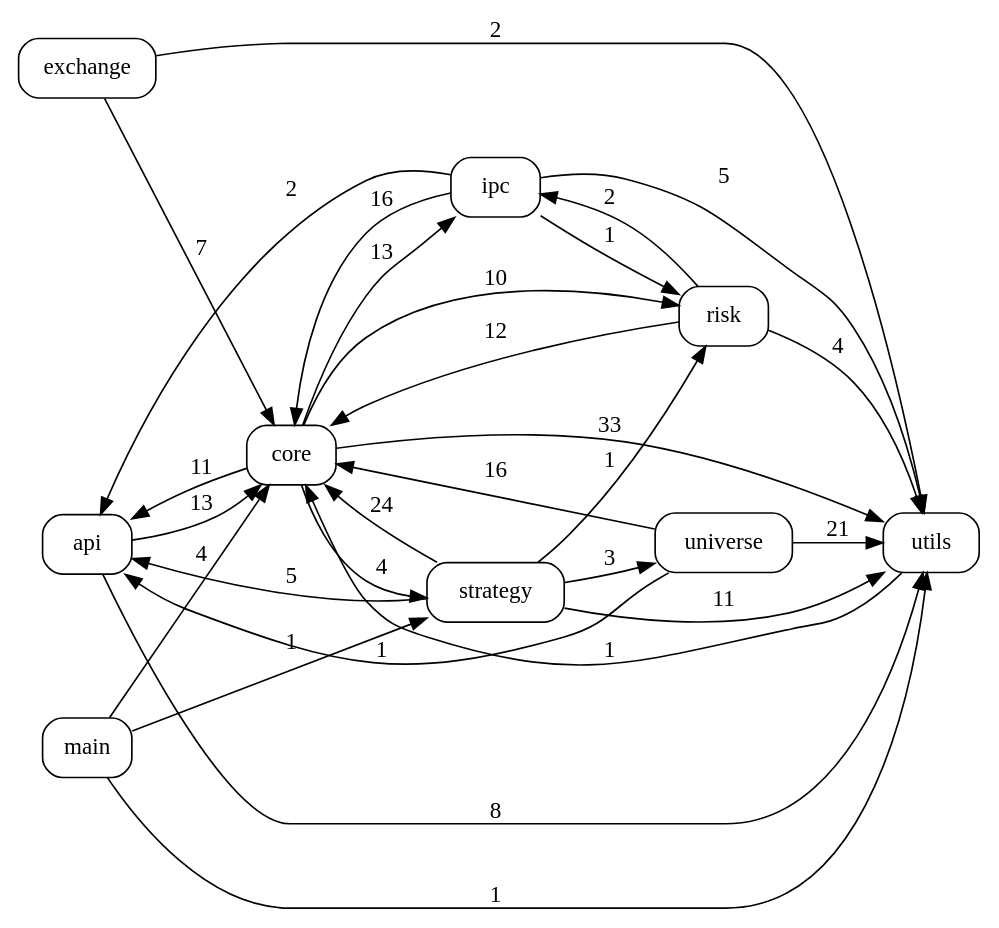
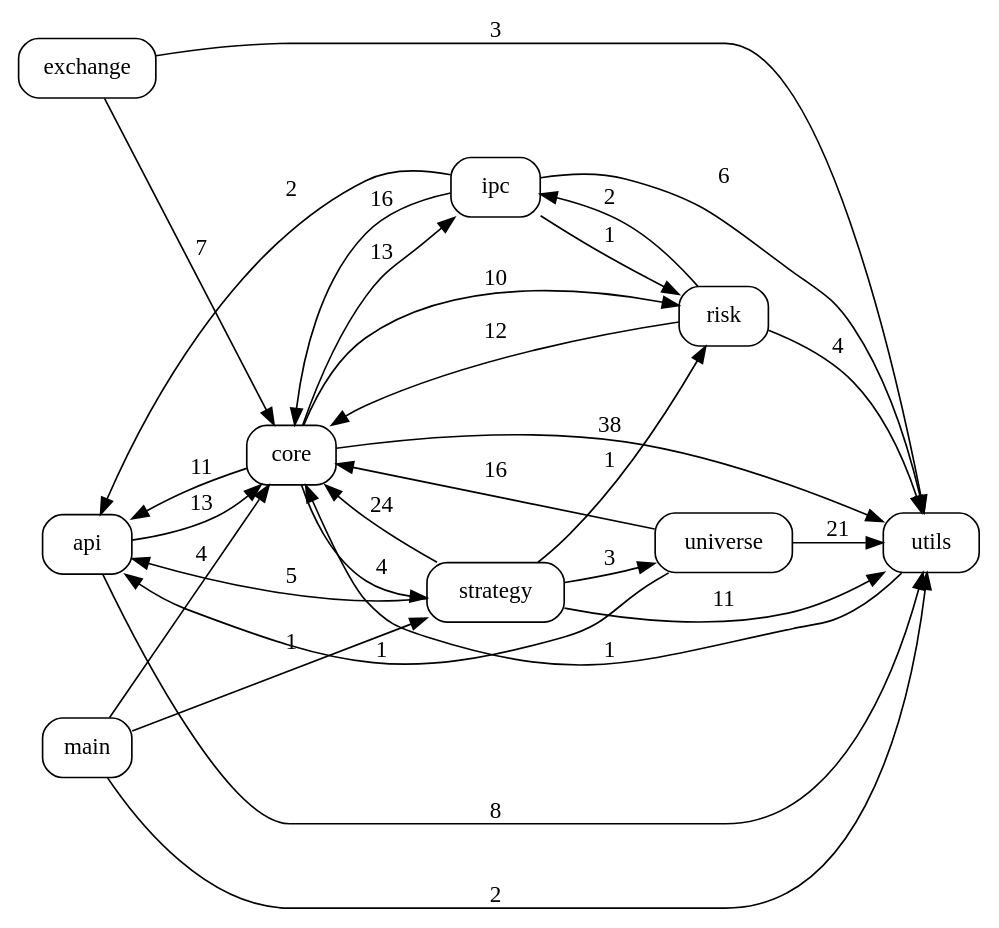
Before and after one commit to pypy8171/Quant: the diagram in docs/code_graph.dot, drawn with Graphviz. The commit also changed 25 other files, not shown here.

```diff
--- a/docs/code_graph.dot
+++ b/docs/code_graph.dot
@@ -1,41 +1,41 @@
 digraph code_graph {
   rankdir=LR;
   node [shape=box, style=rounded, fontname="Consolas"];
   "api";
   "core";
   "exchange";
   "ipc";
   "main";
   "risk";
   "strategy";
   "universe";
   "utils";
   "api" -> "core" [label="13"];
   "api" -> "utils" [label="8"];
   "core" -> "api" [label="11"];
   "core" -> "ipc" [label="13"];
   "core" -> "risk" [label="10"];
   "core" -> "strategy" [label="4"];
-  "core" -> "utils" [label="33"];
+  "core" -> "utils" [label="38"];
   "exchange" -> "core" [label="7"];
-  "exchange" -> "utils" [label="2"];
+  "exchange" -> "utils" [label="3"];
   "ipc" -> "api" [label="2"];
   "ipc" -> "core" [label="16"];
   "ipc" -> "risk" [label="1"];
-  "ipc" -> "utils" [label="5"];
+  "ipc" -> "utils" [label="6"];
   "main" -> "core" [label="4"];
   "main" -> "strategy" [label="1"];
-  "main" -> "utils" [label="1"];
+  "main" -> "utils" [label="2"];
   "risk" -> "core" [label="12"];
   "risk" -> "ipc" [label="2"];
   "risk" -> "utils" [label="4"];
   "strategy" -> "api" [label="5"];
   "strategy" -> "core" [label="24"];
   "strategy" -> "risk" [label="1"];
   "strategy" -> "universe" [label="3"];
   "strategy" -> "utils" [label="11"];
   "universe" -> "api" [label="1"];
   "universe" -> "core" [label="16"];
   "universe" -> "utils" [label="21"];
   "utils" -> "core" [label="1"];
 }
```
